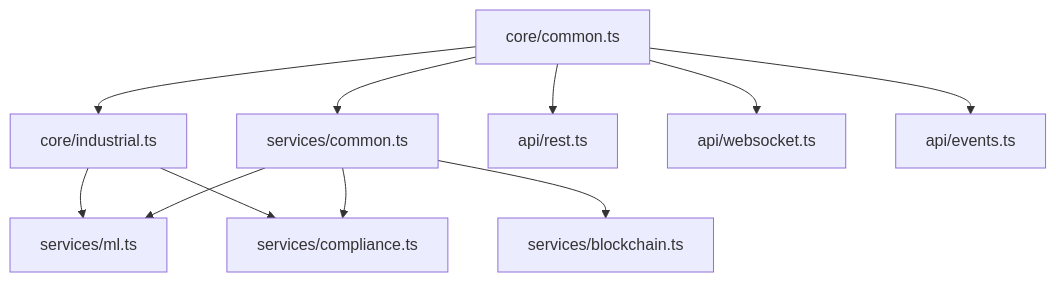
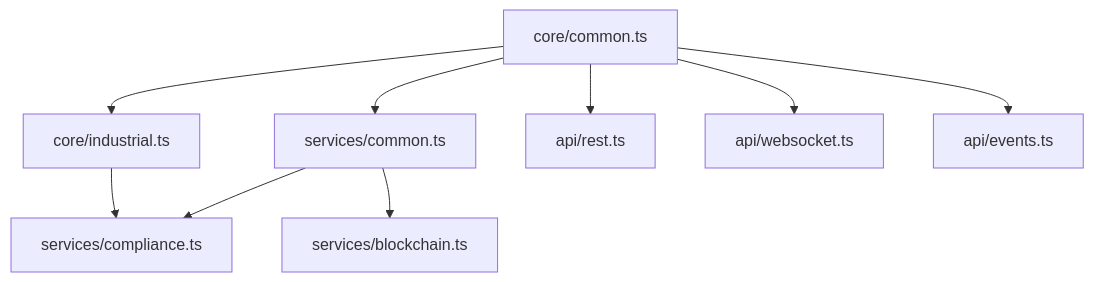
Before and after one commit to NickFlach/0xSCADA: the diagram in shared/types/CONSOLIDATION.md, drawn with Mermaid. The commit also changed other lines of this file and 6 other files, not shown here.

````diff
--- a/shared/types/CONSOLIDATION.md
+++ b/shared/types/CONSOLIDATION.md
@@ -58,16 +57,14 @@
 ```mermaid
 graph TD
     A[core/common.ts] --> B[core/industrial.ts]
     A --> C[services/common.ts]
     A --> D[api/rest.ts]
     
-    B --> E[services/ml.ts]
     B --> F[services/compliance.ts]
     
-    C --> E
     C --> F
     C --> G[services/blockchain.ts]
     
     A --> H[api/websocket.ts]
     A --> I[api/events.ts]
 ```
````
